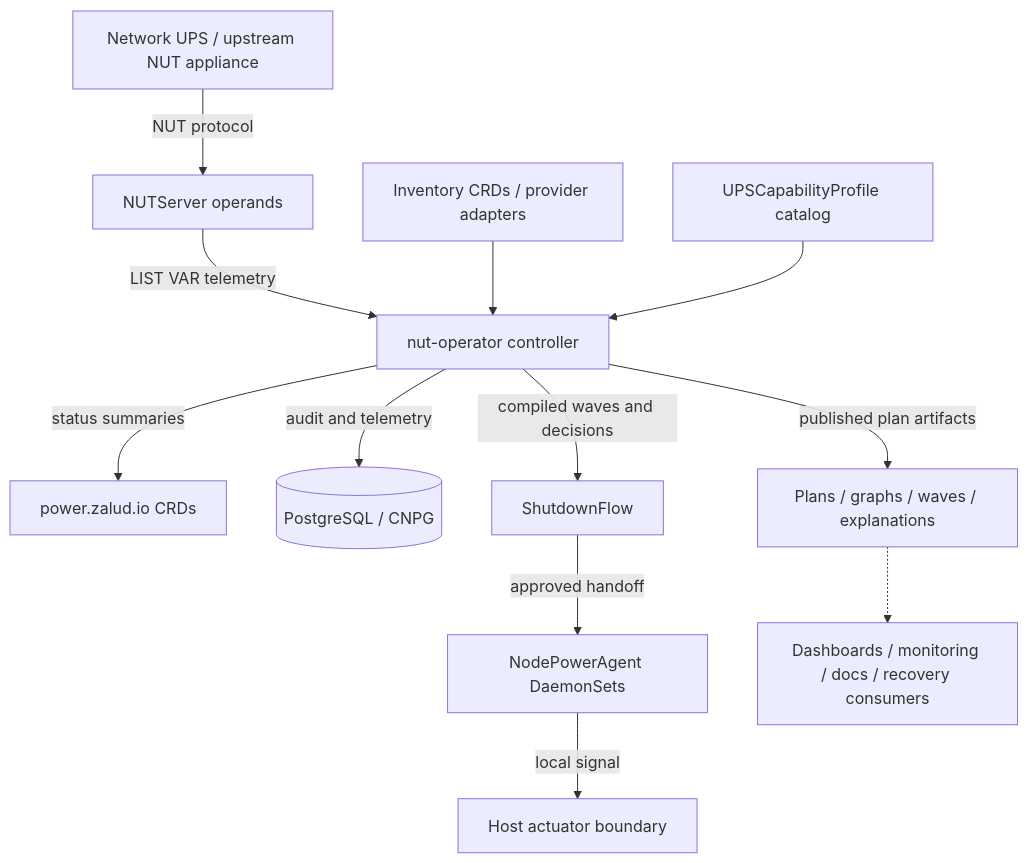
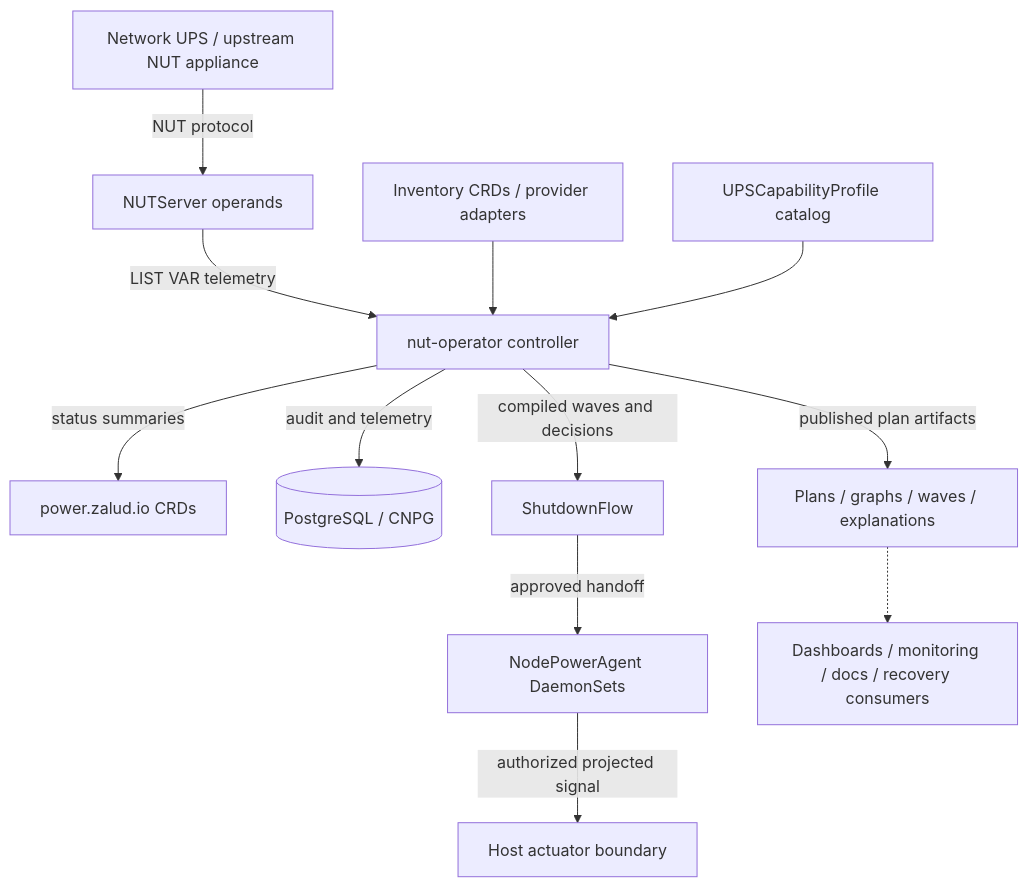
Before and after one commit to MichaelZalud18/nut-operator: the diagram in README.md, drawn with Mermaid. The commit also changed other lines of this file and 4 other files, not shown here.

````diff
--- a/README.md
+++ b/README.md
@@ -92,14 +96,14 @@
 ```mermaid
 flowchart TD
   UPS[Network UPS / upstream NUT appliance] -->|NUT protocol| Server[NUTServer operands]
   Server -->|LIST VAR telemetry| Operator[nut-operator controller]
   Inventory[Inventory CRDs / provider adapters] --> Operator
   Profiles[UPSCapabilityProfile catalog] --> Operator
   Operator -->|status summaries| CRDs[power.zalud.io CRDs]
   Operator -->|audit and telemetry| Postgres[(PostgreSQL / CNPG)]
   Operator -->|compiled waves and decisions| Flow[ShutdownFlow]
   Operator -->|published plan artifacts| Artifacts[Plans / graphs / waves / explanations]
   Flow -->|approved handoff| Agents[NodePowerAgent DaemonSets]
-  Agents -->|local signal| Actuator[Host actuator boundary]
+  Agents -->|authorized projected signal| Actuator[Host actuator boundary]
   Artifacts -.-> Subscribers[Dashboards / monitoring / docs / recovery consumers]
 ```
````
